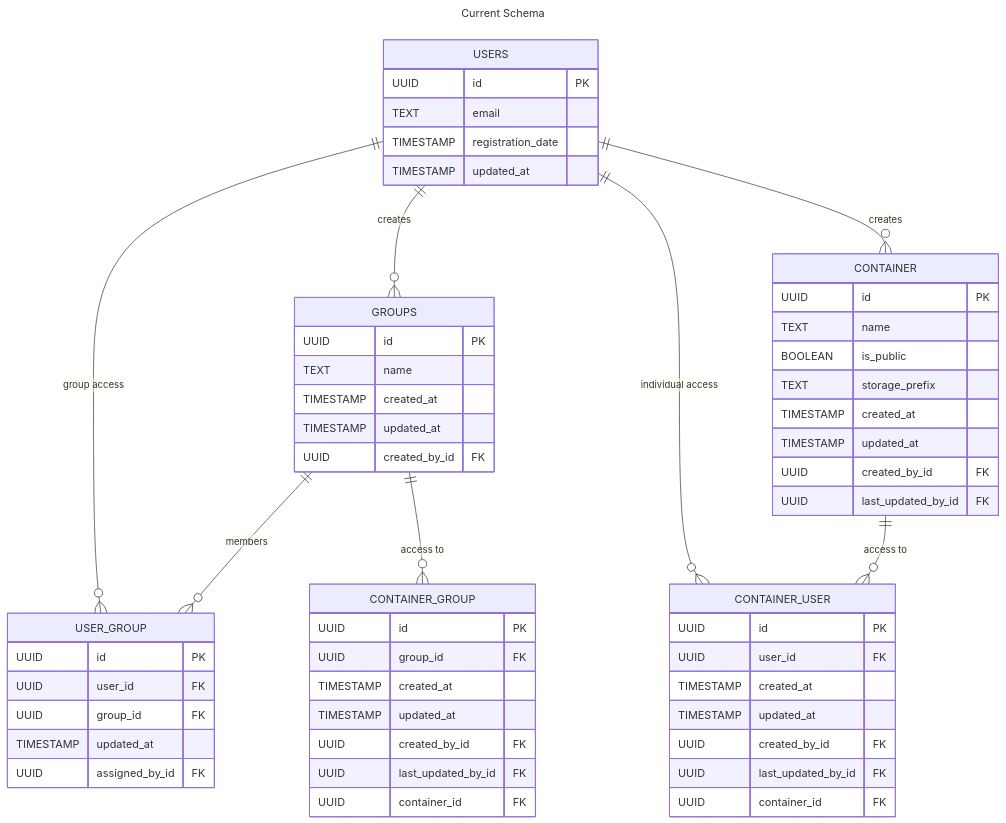
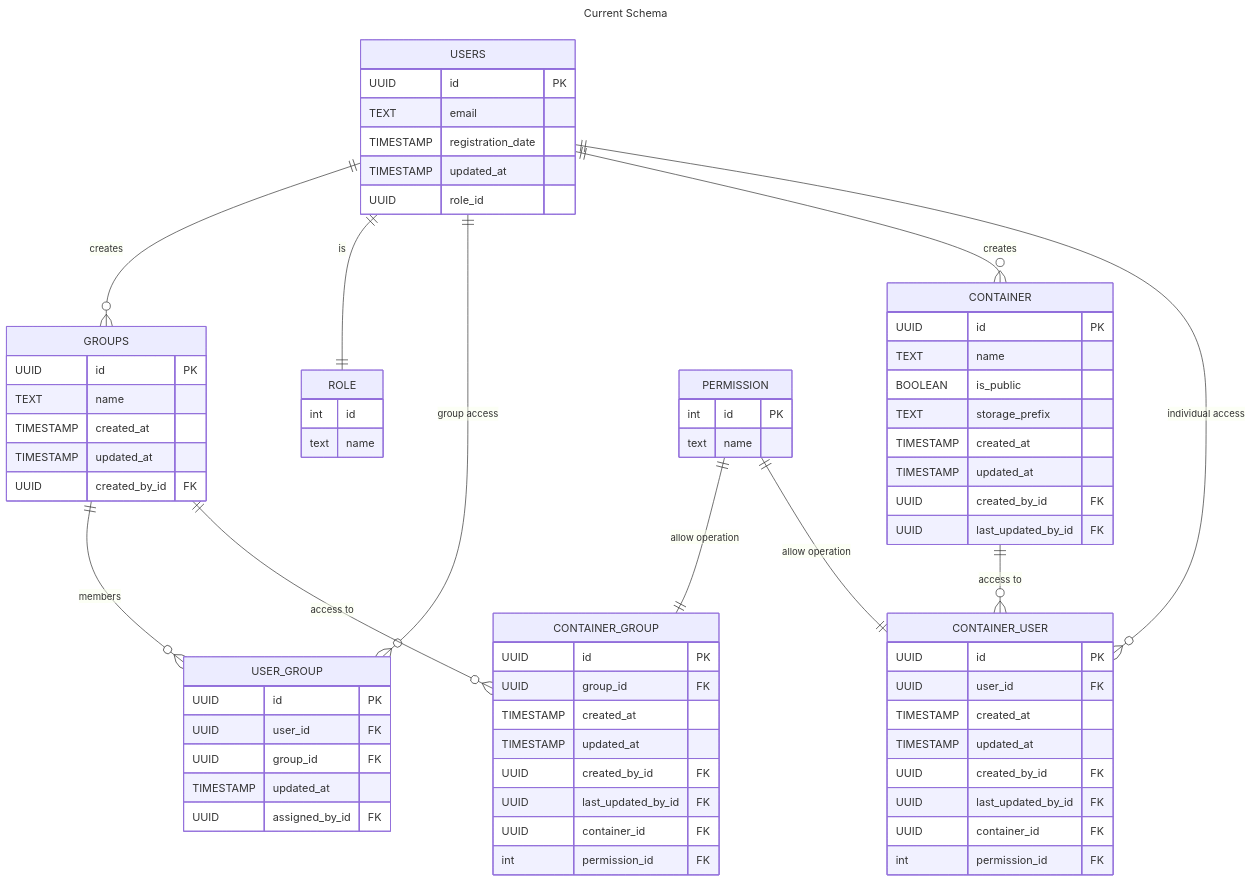
The third of 3 diagrams in datastore/doc/datastore.md (ai-cfia/ailab-datastore), drawn with Mermaid before and after one commit. The commit also changed 7 other files, not shown here.

````diff
--- a/datastore/doc/datastore.md
+++ b/datastore/doc/datastore.md
@@ -172,6 +172,7 @@
         TEXT email
         TIMESTAMP registration_date
         TIMESTAMP updated_at
+        UUID role_id
     }
 
     GROUPS {
@@ -209,6 +210,7 @@
         UUID created_by_id FK
         UUID last_updated_by_id FK
         UUID container_id FK
+        int permission_id FK
     }
 
     CONTAINER_GROUP {
@@ -219,13 +221,27 @@
         UUID created_by_id FK
         UUID last_updated_by_id FK
         UUID container_id FK
+        int permission_id FK
     }
 
+    ROLE{
+        int id
+        text name
+    }
+
+    PERMISSION{
+        int id PK
+        text name
+    }    
+
     USERS ||--o{ GROUPS : "creates"
+    USERS ||--|| ROLE: is
     USERS ||--o{ USER_GROUP : "group access"
     GROUPS ||--o{ USER_GROUP : "members"
     USERS ||--o{ CONTAINER : "creates"
     USERS ||--o{ CONTAINER_USER : "individual access"
     CONTAINER ||--o{ CONTAINER_USER : "access to"
     GROUPS ||--o{ CONTAINER_GROUP : "access to"
+    PERMISSION ||--|| CONTAINER_GROUP: "allow operation"
+    PERMISSION ||--|| CONTAINER_USER: "allow operation"
 ```
````
